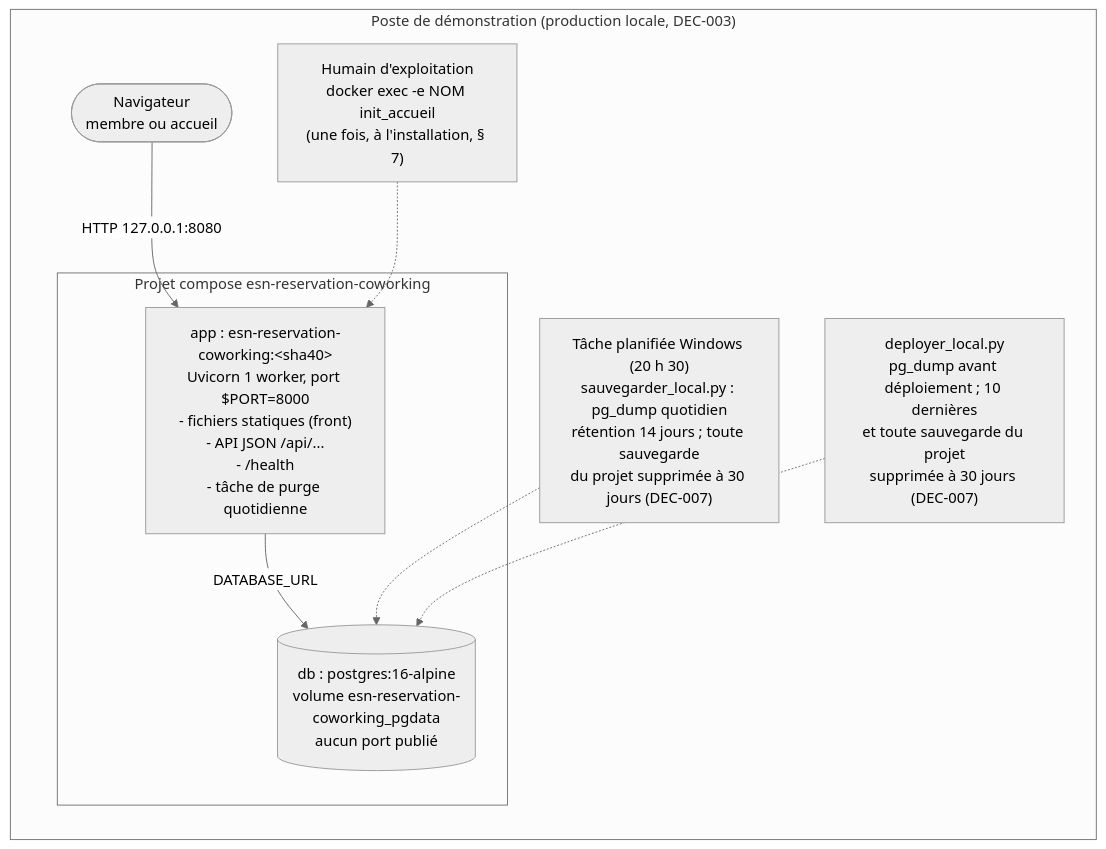
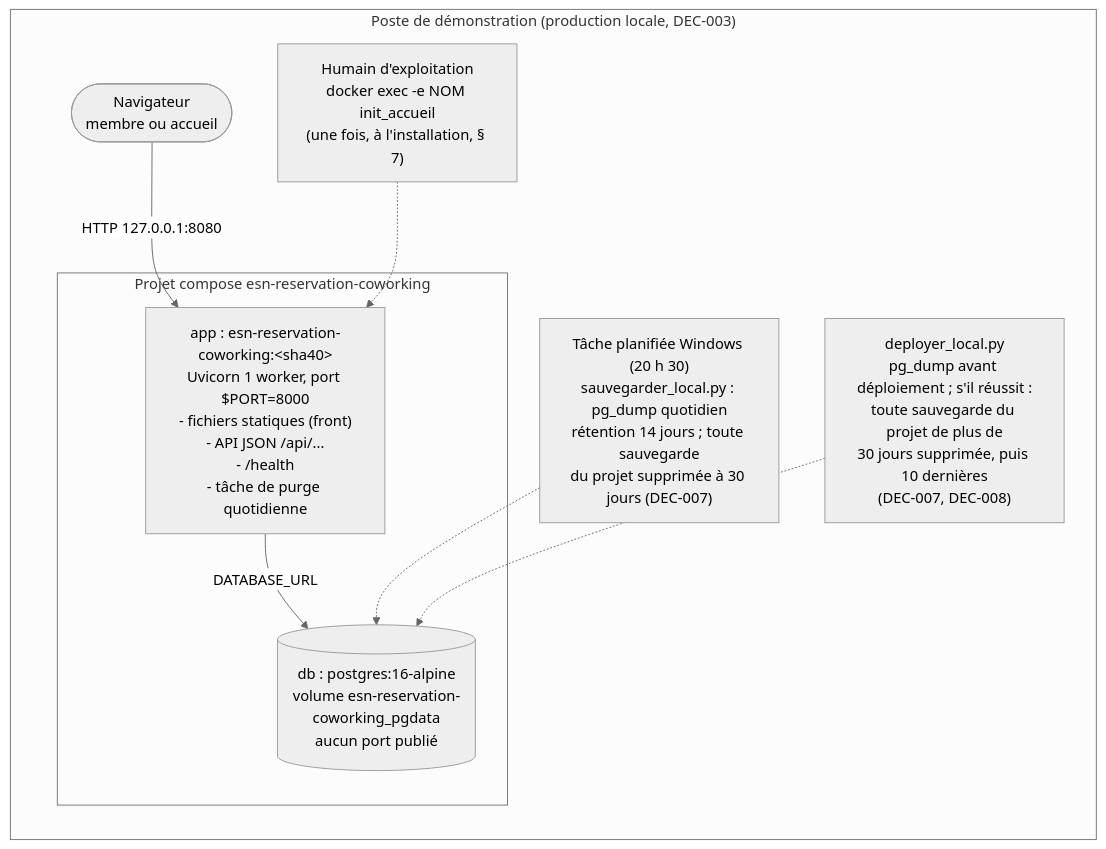
The diagram in projets/reservation-coworking/architecture.md (LopezMat/tpGestionProjet), drawn with Mermaid (neutral theme) before and after one commit. The commit also changed other lines of this file and 5 other files, not shown here.

Commit message:
reservation-coworking: architecture v1.1 validée (DEC-008)

````diff
--- a/projets/reservation-coworking/architecture.md
+++ b/projets/reservation-coworking/architecture.md
@@ -57,13 +59,13 @@
 ```mermaid
 flowchart LR
   subgraph Poste["Poste de démonstration (production locale, DEC-003)"]
     N([Navigateur<br/>membre ou accueil]) -- "HTTP 127.0.0.1:8080" --> A
     subgraph C["Projet compose esn-reservation-coworking"]
       A["app : esn-reservation-coworking:&lt;sha40&gt;<br/>Uvicorn 1 worker, port $PORT=8000<br/>- fichiers statiques (front)<br/>- API JSON /api/...<br/>- /health<br/>- tâche de purge quotidienne"]
       A -- "DATABASE_URL" --> D[("db : postgres:16-alpine<br/>volume esn-reservation-coworking_pgdata<br/>aucun port publié")]
     end
     H["Humain d'exploitation<br/>docker exec -e NOM init_accueil<br/>(une fois, à l'installation, § 7)"] -.-> A
     S["Tâche planifiée Windows (20 h 30)<br/>sauvegarder_local.py : pg_dump quotidien<br/>rétention 14 jours ; toute sauvegarde<br/>du projet supprimée à 30 jours (DEC-007)"] -.-> D
-    P["deployer_local.py<br/>pg_dump avant déploiement ; 10 dernières<br/>et toute sauvegarde du projet<br/>supprimée à 30 jours (DEC-007)"] -.-> D
+    P["deployer_local.py<br/>pg_dump avant déploiement ; s'il réussit :<br/>toute sauvegarde du projet de plus de<br/>30 jours supprimée, puis 10 dernières<br/>(DEC-007, DEC-008)"] -.-> D
   end
 ```
````
